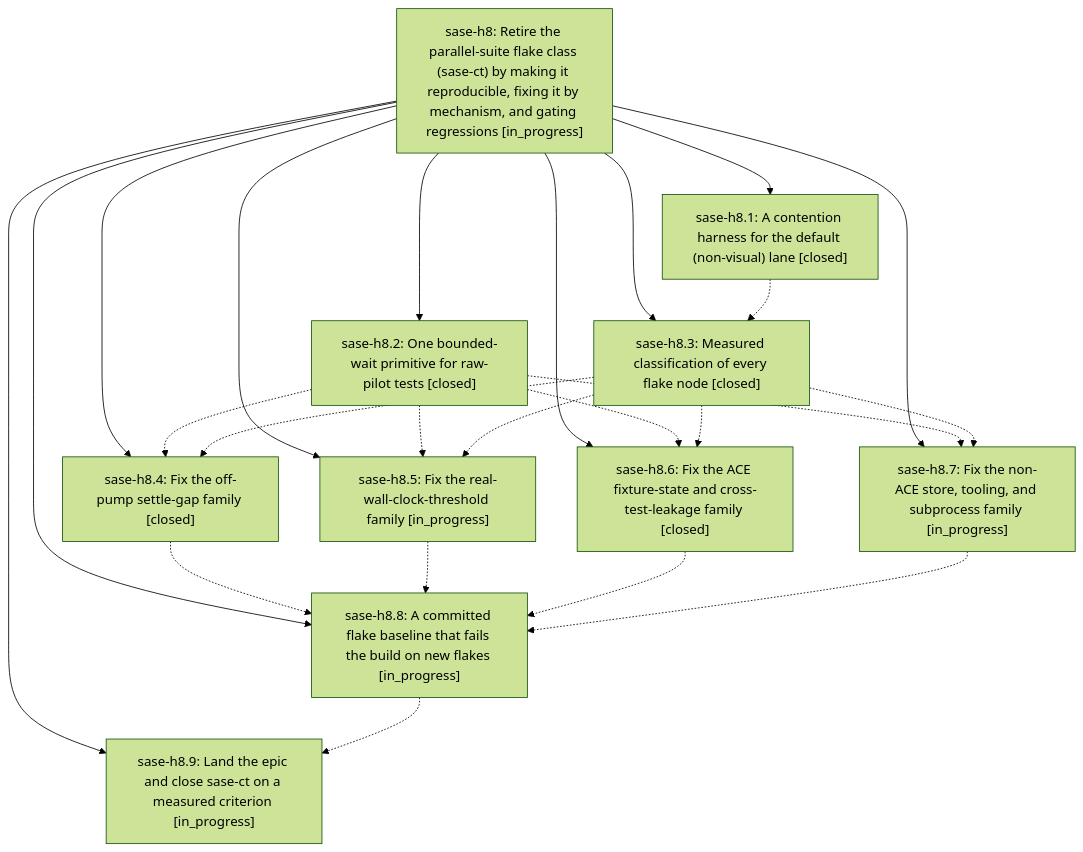
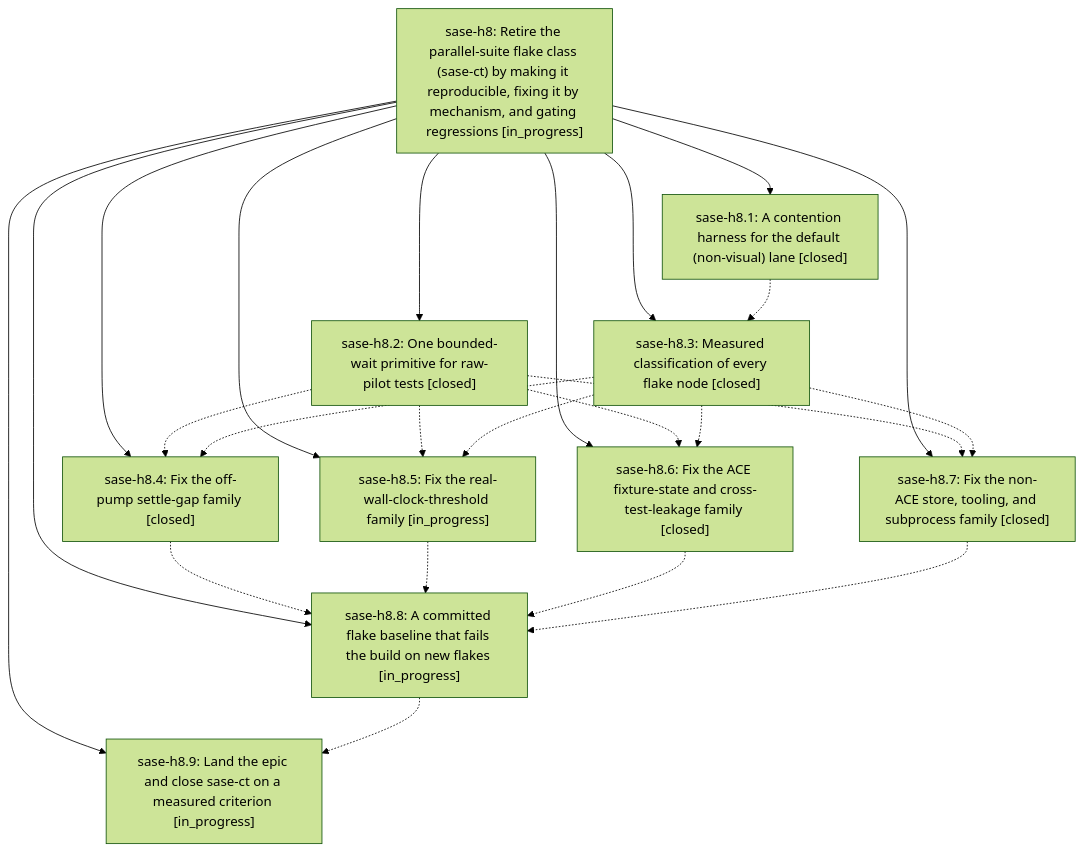
One commit to sase-org/sase--beads changed the diagram in pages/sase-h8/README.md. Above: the diagram before and after it, drawn with Mermaid (forest theme). The commit also changed other lines of this file and 4 other files, not shown here.

````diff
--- a/pages/sase-h8/README.md
+++ b/pages/sase-h8/README.md
@@ -40,36 +40,36 @@
 ```mermaid
 flowchart TD
     n0["sase-h8: Retire the parallel-suite flake class (sase-ct) by making it reproducible, fixing it by mechanism, and gating regressions [in_progress]"]
     n1["sase-h8.1: A contention harness for the default (non-visual) lane [closed]"]
     n2["sase-h8.2: One bounded-wait primitive for raw-pilot tests [closed]"]
     n3["sase-h8.3: Measured classification of every flake node [closed]"]
     n4["sase-h8.4: Fix the off-pump settle-gap family [closed]"]
     n5["sase-h8.5: Fix the real-wall-clock-threshold family [in_progress]"]
     n6["sase-h8.6: Fix the ACE fixture-state and cross-test-leakage family [closed]"]
-    n7["sase-h8.7: Fix the non-ACE store, tooling, and subprocess family [in_progress]"]
+    n7["sase-h8.7: Fix the non-ACE store, tooling, and subprocess family [closed]"]
     n8["sase-h8.8: A committed flake baseline that fails the build on new flakes [in_progress]"]
     n9["sase-h8.9: Land the epic and close sase-ct on a measured criterion [in_progress]"]
     n0 --> n1
     n0 --> n2
     n0 --> n3
     n0 --> n4
     n0 --> n5
     n0 --> n6
     n0 --> n7
     n0 --> n8
     n0 --> n9
     n1 -.-> n3
     n2 -.-> n4
     n2 -.-> n5
     n2 -.-> n6
     n2 -.-> n7
     n3 -.-> n4
     n3 -.-> n5
     n3 -.-> n6
     n3 -.-> n7
     n4 -.-> n8
     n5 -.-> n8
     n6 -.-> n8
     n7 -.-> n8
     n8 -.-> n9
 ```
````
